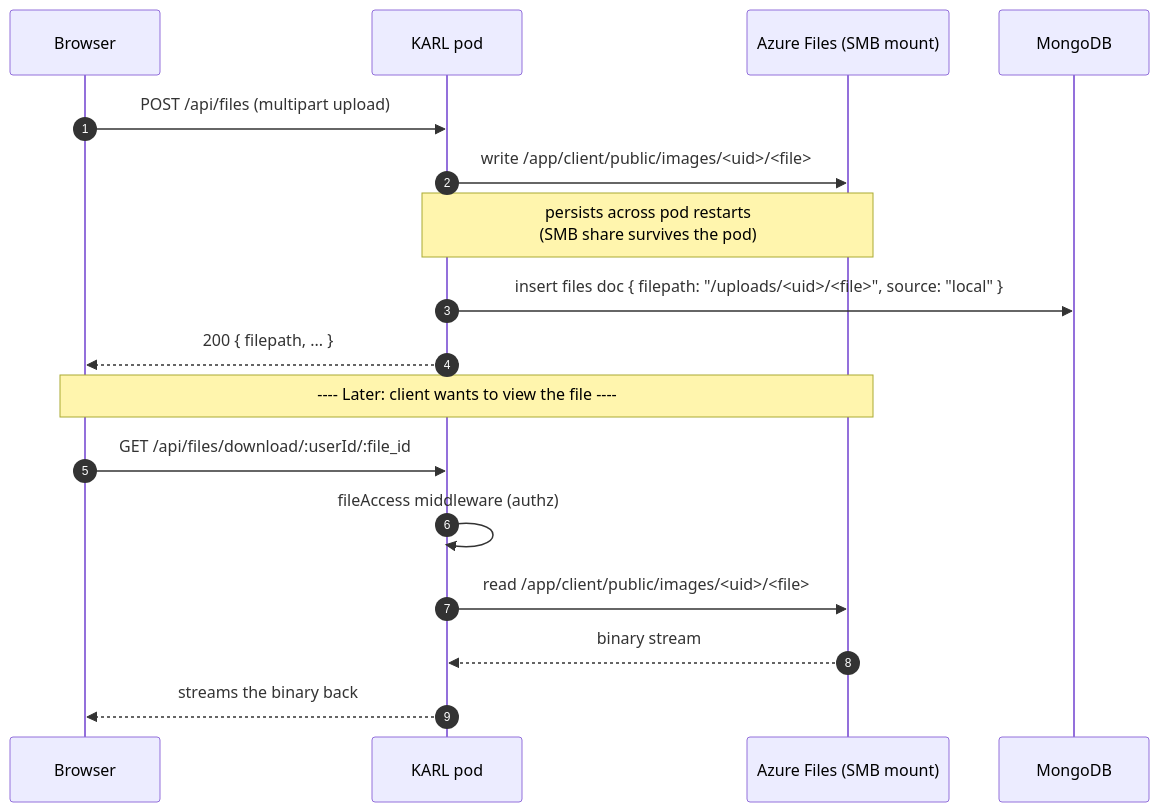
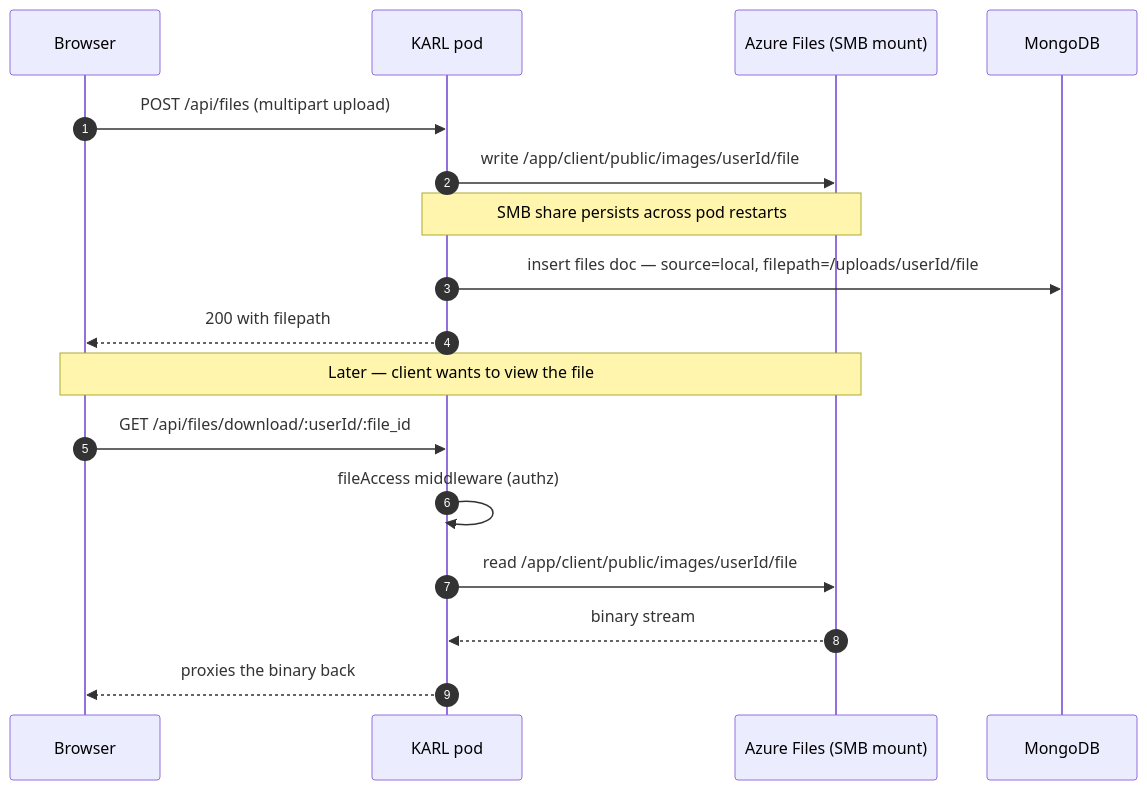
Before and after one commit to Falenos/LibreChat: the first of 7 diagrams in knauf/docs/reference/azure-blob-storage.md, drawn with Mermaid. The commit also changed other lines of this file, not shown here.

First line of the commit message:
docs(knauf): KK20-167 fix mermaid parse errors in Azure flows doc

````diff
--- a/knauf/docs/reference/azure-blob-storage.md
+++ b/knauf/docs/reference/azure-blob-storage.md
@@ -29,22 +29,22 @@
 ```mermaid
 sequenceDiagram
   autonumber
   participant U as Browser
   participant K as KARL pod
   participant SMB as Azure Files (SMB mount)
   participant M as MongoDB
 
   U->>K: POST /api/files (multipart upload)
-  K->>SMB: write /app/client/public/images/<uid>/<file>
-  Note over K,SMB: persists across pod restarts<br/>(SMB share survives the pod)
-  K->>M: insert files doc { filepath: "/uploads/<uid>/<file>", source: "local" }
-  K-->>U: 200 { filepath, ... }
+  K->>SMB: write /app/client/public/images/userId/file
+  Note over K,SMB: SMB share persists across pod restarts
+  K->>M: insert files doc — source=local, filepath=/uploads/userId/file
+  K-->>U: 200 with filepath
 
-  Note over U,SMB: ---- Later: client wants to view the file ----
+  Note over U,SMB: Later — client wants to view the file
 
   U->>K: GET /api/files/download/:userId/:file_id
   K->>K: fileAccess middleware (authz)
-  K->>SMB: read /app/client/public/images/<uid>/<file>
+  K->>SMB: read /app/client/public/images/userId/file
   SMB-->>K: binary stream
-  K-->>U: streams the binary back
+  K-->>U: proxies the binary back
 ```
````
